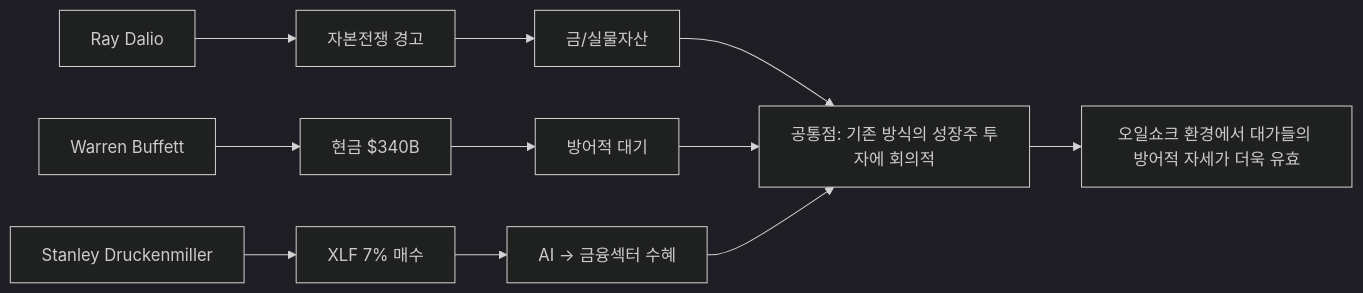
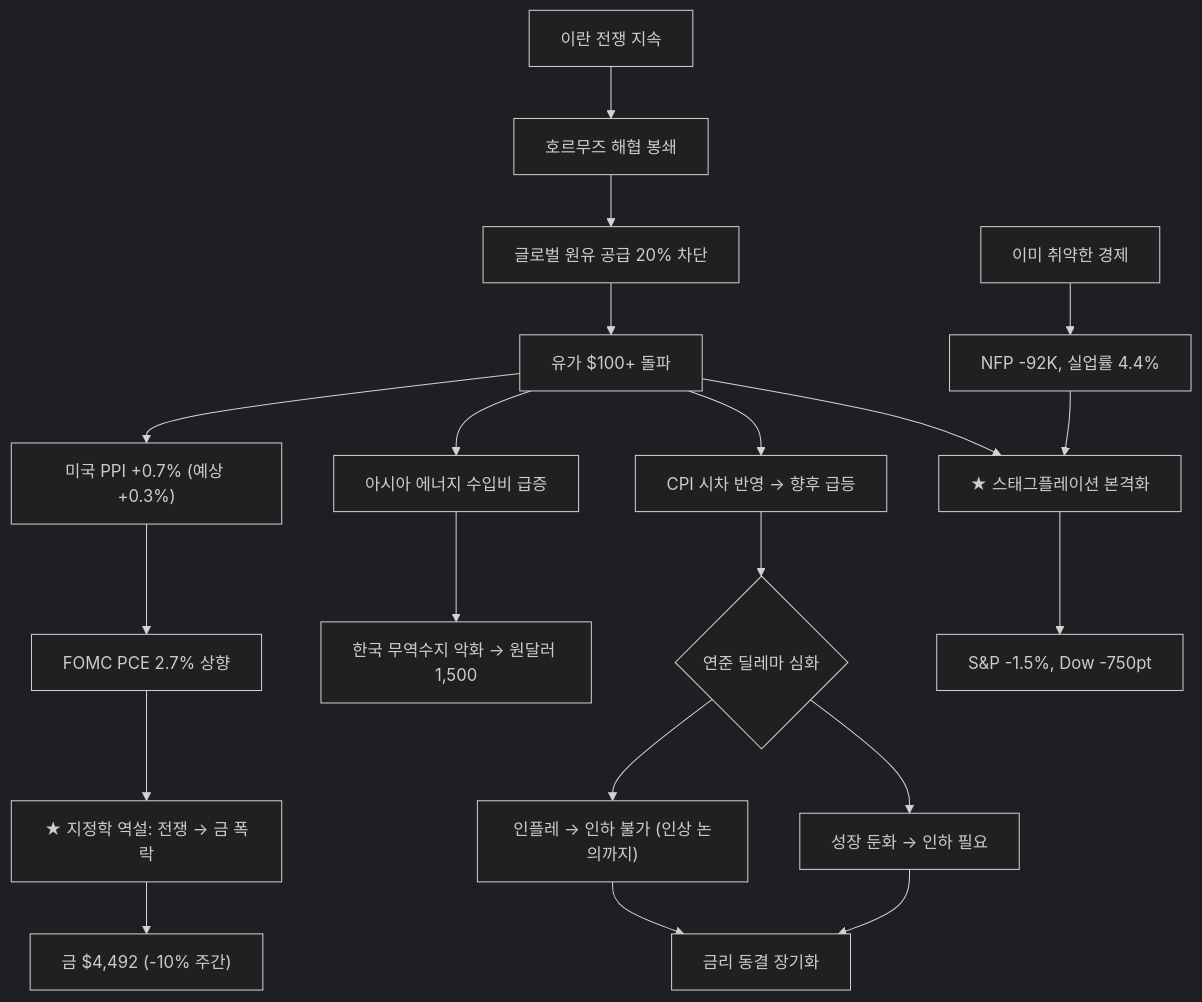
The seventh of 11 diagrams in _posts/knowledge/invest/2026-01-21-macroeconomic-policy-sector-outlook-2026.md (dss99911/dss99911.github.io), drawn with Mermaid (dark theme) before and after one commit. The commit also changed other lines of this file and 5 other files, not shown here.

````diff
--- a/_posts/knowledge/invest/2026-01-21-macroeconomic-policy-sector-outlook-2026.md
+++ b/_posts/knowledge/invest/2026-01-21-macroeconomic-policy-sector-outlook-2026.md
@@ -320,13 +263,22 @@
 ```mermaid
-graph LR
-    A["Ray Dalio"] --> B["자본전쟁 경고"]
-    B --> C["금/실물자산"]
-    D["Warren Buffett"] --> E["현금 $340B"]
-    E --> F["방어적 대기"]
-    G["Stanley Druckenmiller"] --> H["XLF 7% 매수"]
-    H --> I["AI → 금융섹터 수혜"]
-    C --> J["공통점: 기존 방식의 성장주 투자에 회의적"]
-    F --> J
-    I --> J
-    J --> K["오일쇼크 환경에서 대가들의 방어적 자세가 더욱 유효"]
+graph TD
+    A["이란 전쟁 지속"] --> B["호르무즈 해협 봉쇄"]
+    B --> C["글로벌 원유 공급 20% 차단"]
+    C --> D["유가 $100+ 돌파"]
+    D --> E["미국 PPI +0.7% #40;예상 +0.3%#41;"]
+    D --> F["아시아 에너지 수입비 급증"]
+    D --> G["CPI 시차 반영 → 향후 급등"]
+    E --> H["FOMC PCE 2.7% 상향"]
+    F --> I["한국 무역수지 악화 → 원달러 1,500"]
+    G --> J{"연준 딜레마 심화"}
+    J --> K["인플레 → 인하 불가 #40;인상 논의까지#41;"]
+    J --> L["성장 둔화 → 인하 필요"]
+    K --> M["금리 동결 장기화"]
+    L --> M
+    H --> N["★ 지정학 역설: 전쟁 → 금 폭락"]
+    N --> O["금 $4,492 #40;-10% 주간#41;"]
+    Q["이미 취약한 경제"] --> R["NFP -92K, 실업률 4.4%"]
+    R --> S["★ 스태그플레이션 본격화"]
+    D --> S
+    S --> T["S&P -1.5%, Dow -750pt"]
 ```
````
